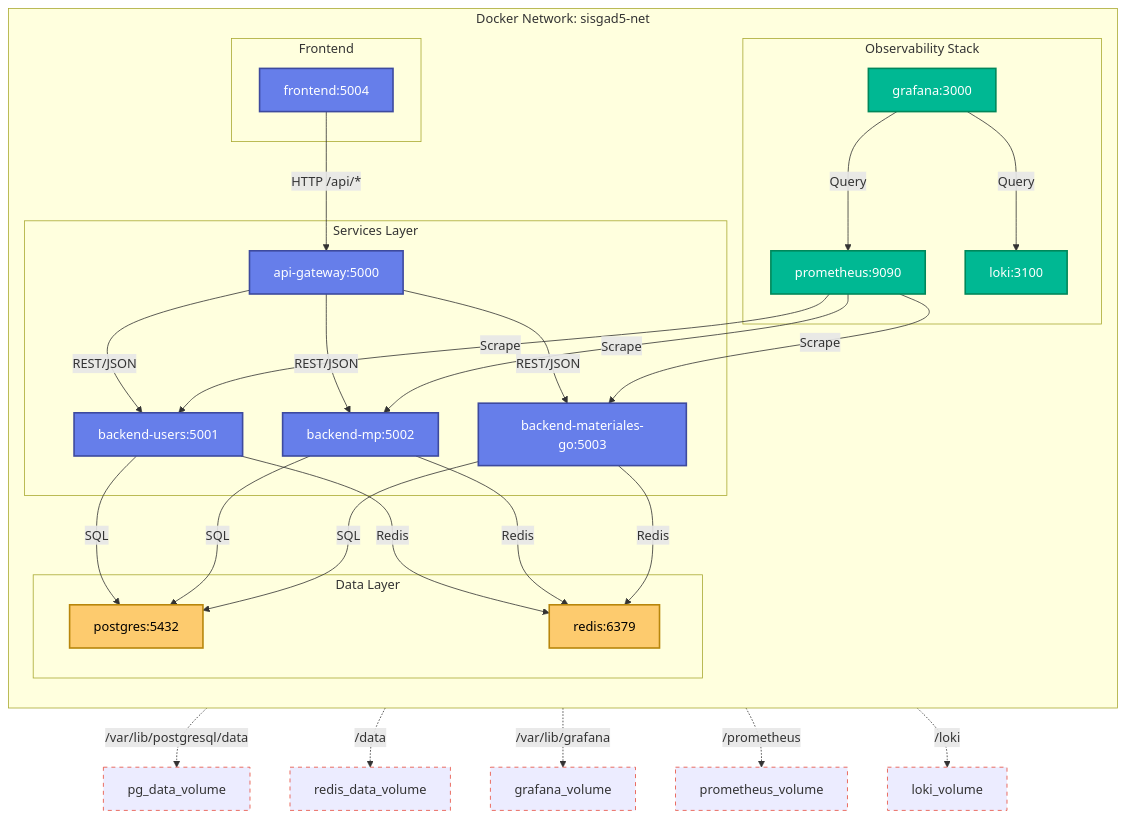
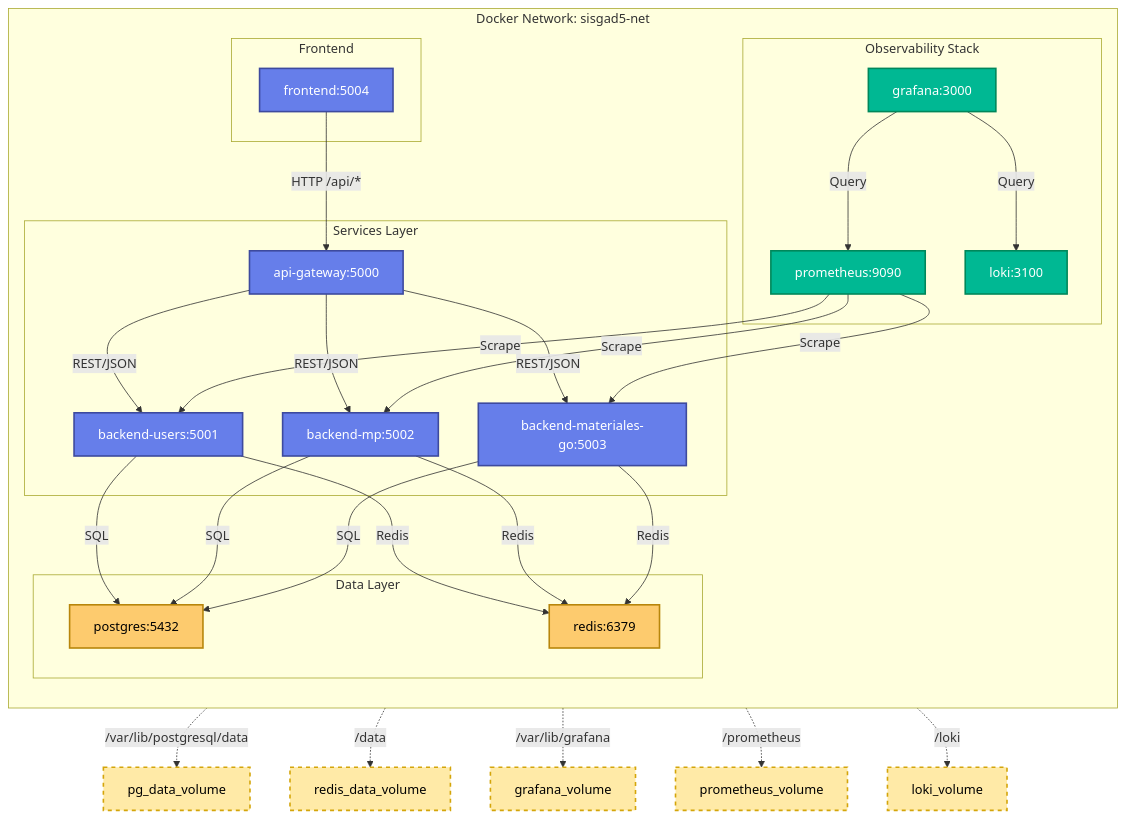
Before and after one commit to ybotet/SISGAD5_1.0: the third of 3 diagrams in ARCHITECTURE.md, drawn with Mermaid. The commit also changed other lines of this file, not shown here.

````diff
--- a/ARCHITECTURE.md
+++ b/ARCHITECTURE.md
@@ -140,64 +138,64 @@
 ```mermaid
 graph TB
     subgraph "Docker Network: sisgad5-net"
         direction TB
 
         subgraph "Frontend"
             FE_C[frontend:5004]
         end
 
         subgraph "Services Layer"
             GW_C[api-gateway:5000]
             US_C[backend-users:5001]
             MP_C[backend-mp:5002]
             MS_C[backend-materiales-go:5003]
         end
 
         subgraph "Data Layer"
             PG_C[postgres:5432]
             RD_C[redis:6379]
         end
 
         subgraph "Observability Stack"
             PR_C[prometheus:9090]
             GF_C[grafana:3000]
             LK_C[loki:3100]
         end
     end
 
     %% Network connections
     FE_C -->|"HTTP /api/*"| GW_C
     GW_C -->|"REST/JSON"| US_C
     GW_C -->|"REST/JSON"| MP_C
     GW_C -->|"REST/JSON"| MS_C
 
     US_C -->|"SQL"| PG_C
     MP_C -->|"SQL"| PG_C
     MS_C -->|"SQL"| PG_C
     US_C -->|"Redis" | RD_C
     MP_C -->|"Redis" | RD_C
     MS_C -->|"Redis" | RD_C
 
     PR_C -->|"Scrape"| US_C
     PR_C -->|"Scrape"| MP_C
     PR_C -->|"Scrape"| MS_C
     GF_C -->|"Query"| PR_C
     GF_C -->|"Query"| LK_C
 
     %% Volumes
     PG_C -.->|"/var/lib/postgresql/data"| PG_V[pg_data_volume]
     RD_C -.->|"/data"| RD_V[redis_data_volume]
     GF_C -.->|"/var/lib/grafana"| GF_V[grafana_volume]
     PR_C -.->|"/prometheus"| PR_V[prometheus_volume]
     LK_C -.->|"/loki"| LK_V[loki_volume]
 
-    classDef container fill:#667eea,stroke:#3d4a9e,stroke-width:2px,color:#fff;
-    classDef db fill:#fdcb6e,stroke:#b8860b,stroke-width:2px,color:#000;
-    classDef obs fill:#00b893,stroke:#00875a,stroke-width:2px,color:#fff;
-    classDef volume stroke-dasharray:5,5,stroke:#e74c3c;
+    classDef container fill:#667eea,stroke:#3d4a9e,stroke-width:2px,color:#fff
+    classDef db fill:#fdcb6e,stroke:#b8860b,stroke-width:2px,color:#000
+    classDef obs fill:#00b893,stroke:#00875a,stroke-width:2px,color:#fff
+    classDef volume fill:#ffeaa7,stroke:#d4a50a,stroke-width:2px,stroke-dasharray:5,5,color:#000
 
     class FE_C,GW_C,US_C,MP_C,MS_C container
     class PG_C,RD_C db
     class PR_C,GF_C,LK_C obs
     class PG_V,RD_V,GF_V,PR_V,LK_V volume
 ```
````
